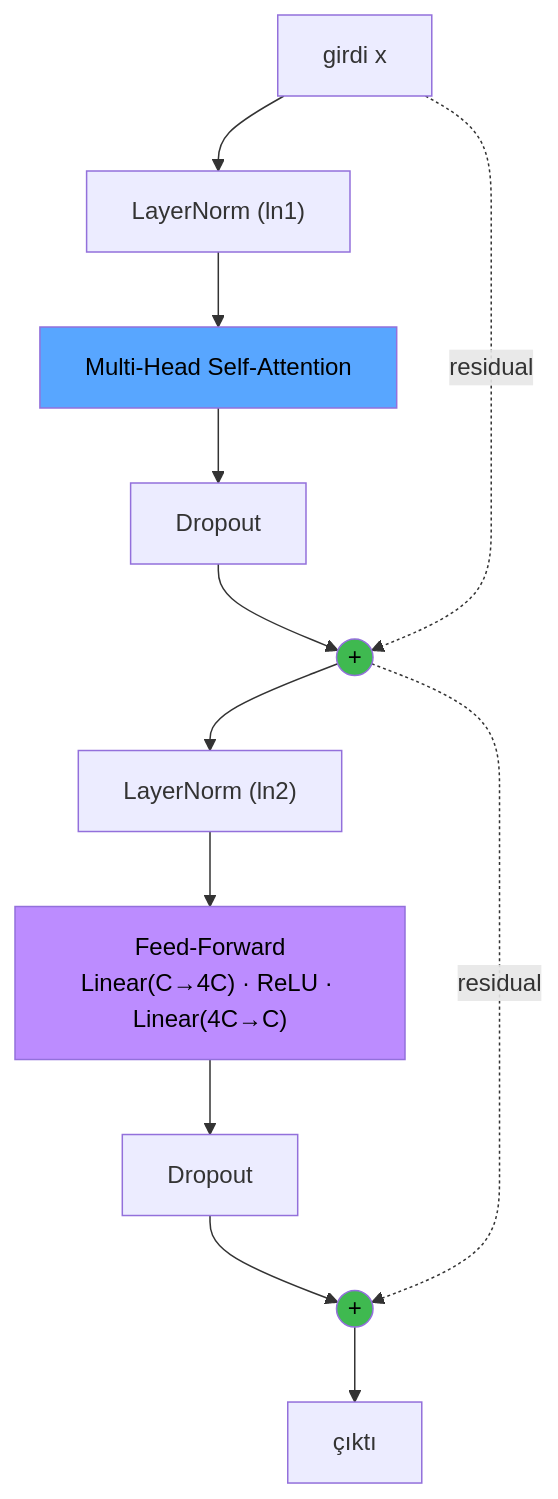
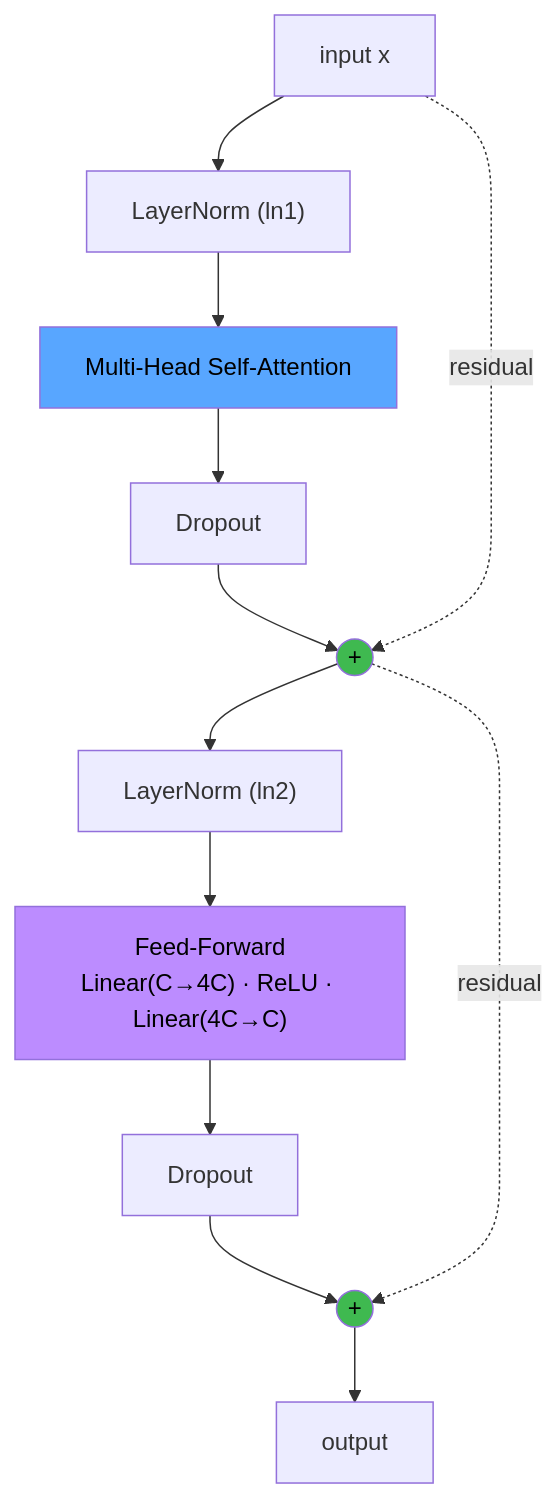
One commit to gocenalper/nano-gpt changed the third of 6 diagrams in README.md. Above: the diagram before and after it, drawn with Mermaid. The commit also changed other lines of this file and 3 other files, not shown here.

````diff
--- a/README.md
+++ b/README.md
@@ -174,19 +174,19 @@
 ```mermaid
 flowchart TD
-    IN["girdi x"] --> LN1["LayerNorm (ln1)"]
+    IN["input x"] --> LN1["LayerNorm (ln1)"]
     LN1 --> MHA["Multi-Head Self-Attention"]
     MHA --> D1["Dropout"]
     D1 --> ADD1(("+"))
     IN -. residual .-> ADD1
     ADD1 --> LN2["LayerNorm (ln2)"]
     LN2 --> FFN["Feed-Forward<br/>Linear(C→4C) · ReLU · Linear(4C→C)"]
     FFN --> D2["Dropout"]
     D2 --> ADD2(("+"))
     ADD1 -. residual .-> ADD2
-    ADD2 --> OUT["çıktı"]
+    ADD2 --> OUT["output"]
 
     style MHA fill:#58a6ff,color:#000
     style FFN fill:#bc8cff,color:#000
     style ADD1 fill:#3fb950,color:#000
     style ADD2 fill:#3fb950,color:#000
 ```
````
